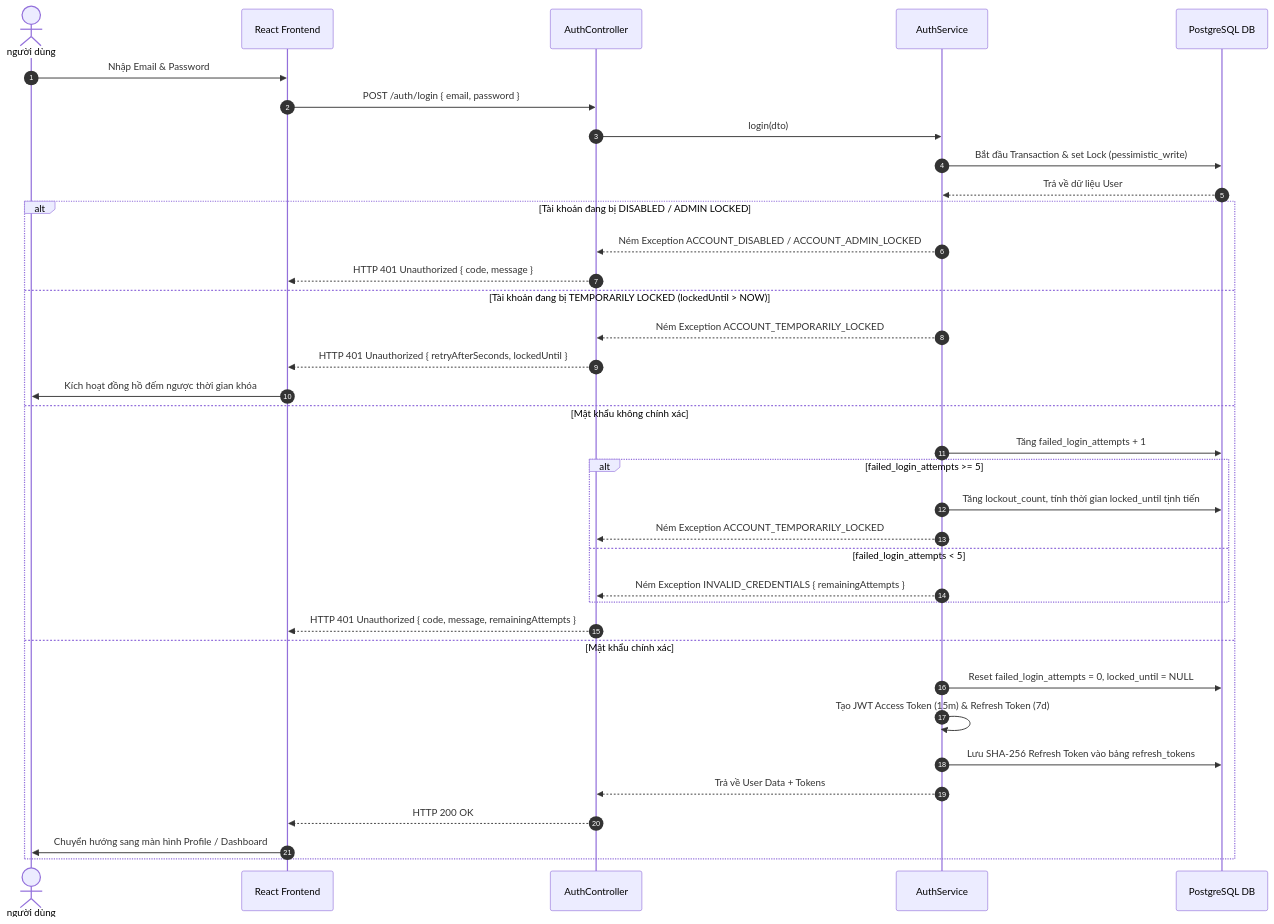
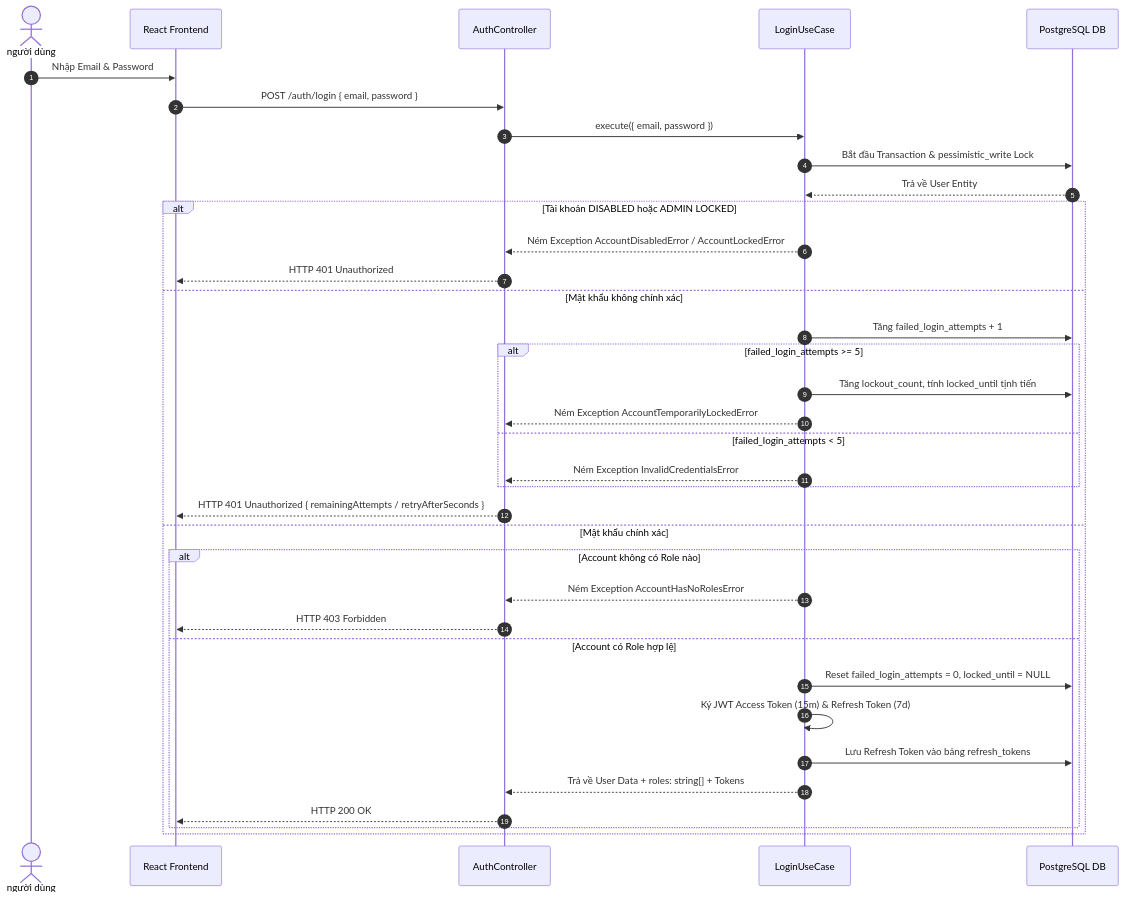
One commit to NhatAnh03082005/ScoutBoard changed the diagram in README.md. Above: the diagram before and after it, drawn with Mermaid. The commit also changed other lines of this file, not shown here.

````diff
--- a/README.md
+++ b/README.md
@@ -126,40 +118,40 @@
 ```mermaid
 sequenceDiagram
     autonumber
     actor User as người dùng
     participant UI as React Frontend
     participant Ctrl as AuthController
-    participant AuthSvc as AuthService
+    participant UC as LoginUseCase
     participant DB as PostgreSQL DB
 
     User->>UI: Nhập Email & Password
     UI->>Ctrl: POST /auth/login { email, password }
-    Ctrl->>AuthSvc: login(dto)
-    AuthSvc->>DB: Bắt đầu Transaction & set Lock (pessimistic_write)
-    DB-->>AuthSvc: Trả về dữ liệu User
+    Ctrl->>UC: execute({ email, password })
+    UC->>DB: Bắt đầu Transaction & pessimistic_write Lock
+    DB-->>UC: Trả về User Entity
     
-    alt Tài khoản đang bị DISABLED / ADMIN LOCKED
-        AuthSvc-->>Ctrl: Ném Exception ACCOUNT_DISABLED / ACCOUNT_ADMIN_LOCKED
-        Ctrl-->>UI: HTTP 401 Unauthorized { code, message }
-    else Tài khoản đang bị TEMPORARILY LOCKED (lockedUntil > NOW)
-        AuthSvc-->>Ctrl: Ném Exception ACCOUNT_TEMPORARILY_LOCKED
-        Ctrl-->>UI: HTTP 401 Unauthorized { retryAfterSeconds, lockedUntil }
-        UI->>User: Kích hoạt đồng hồ đếm ngược thời gian khóa
+    alt Tài khoản DISABLED hoặc ADMIN LOCKED
+        UC-->>Ctrl: Ném Exception AccountDisabledError / AccountLockedError
+        Ctrl-->>UI: HTTP 401 Unauthorized
     else Mật khẩu không chính xác
-        AuthSvc->>DB: Tăng failed_login_attempts + 1
+        UC->>DB: Tăng failed_login_attempts + 1
         alt failed_login_attempts >= 5
-            AuthSvc->>DB: Tăng lockout_count, tính thời gian locked_until tịnh tiến
-            AuthSvc-->>Ctrl: Ném Exception ACCOUNT_TEMPORARILY_LOCKED
+            UC->>DB: Tăng lockout_count, tính locked_until tịnh tiến
+            UC-->>Ctrl: Ném Exception AccountTemporarilyLockedError
         else failed_login_attempts < 5
-            AuthSvc-->>Ctrl: Ném Exception INVALID_CREDENTIALS { remainingAttempts }
+            UC-->>Ctrl: Ném Exception InvalidCredentialsError
         end
-        Ctrl-->>UI: HTTP 401 Unauthorized { code, message, remainingAttempts }
+        Ctrl-->>UI: HTTP 401 Unauthorized { remainingAttempts / retryAfterSeconds }
     else Mật khẩu chính xác
-        AuthSvc->>DB: Reset failed_login_attempts = 0, locked_until = NULL
-        AuthSvc->>AuthSvc: Tạo JWT Access Token (15m) & Refresh Token (7d)
-        AuthSvc->>DB: Lưu SHA-256 Refresh Token vào bảng refresh_tokens
-        AuthSvc-->>Ctrl: Trả về User Data + Tokens
-        Ctrl-->>UI: HTTP 200 OK
-        UI->>User: Chuyển hướng sang màn hình Profile / Dashboard
+        alt Account không có Role nào
+            UC-->>Ctrl: Ném Exception AccountHasNoRolesError
+            Ctrl-->>UI: HTTP 403 Forbidden
+        else Account có Role hợp lệ
+            UC->>DB: Reset failed_login_attempts = 0, locked_until = NULL
+            UC->>UC: Ký JWT Access Token (15m) & Refresh Token (7d)
+            UC->>DB: Lưu Refresh Token vào bảng refresh_tokens
+            UC-->>Ctrl: Trả về User Data + roles: string[] + Tokens
+            Ctrl-->>UI: HTTP 200 OK
+        end
     end
 ```
````
